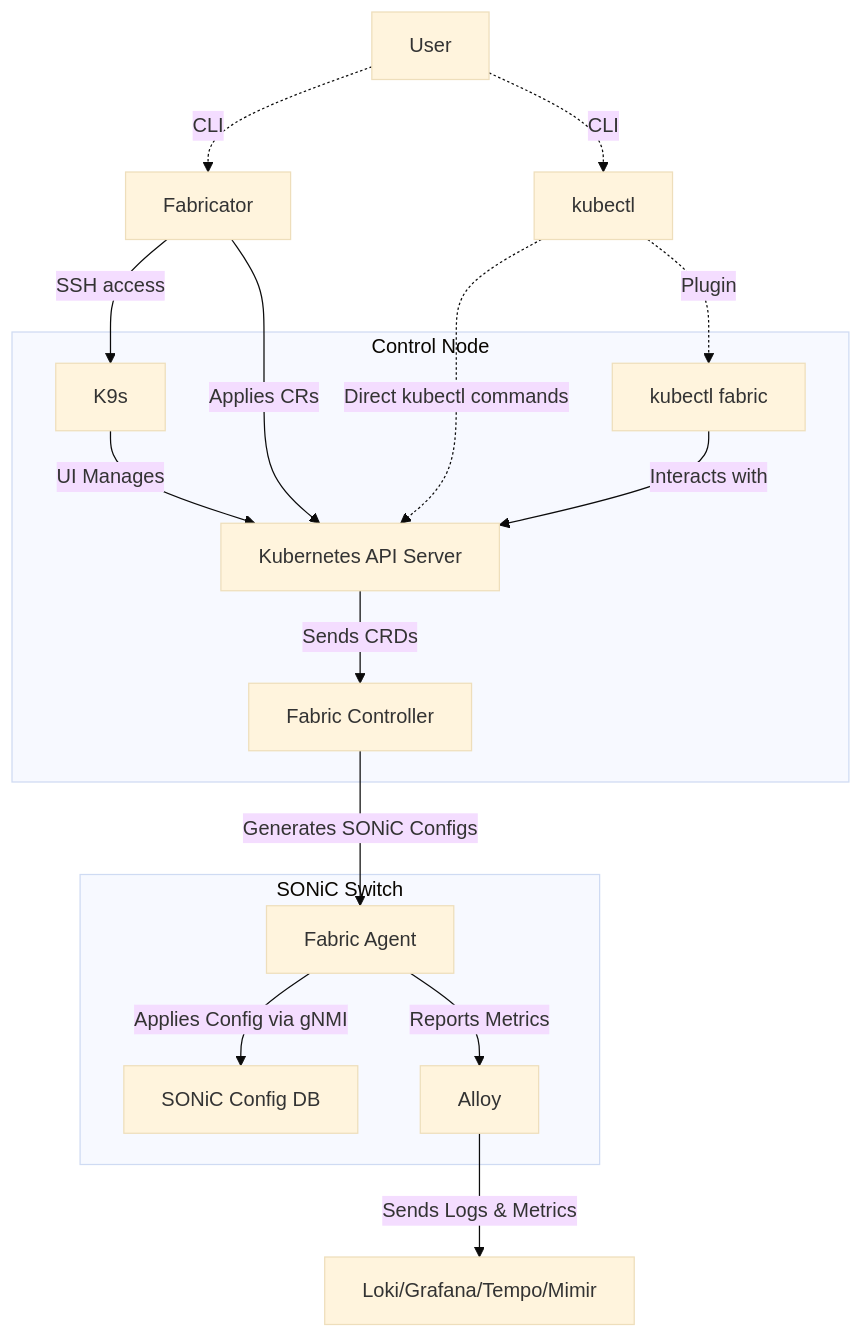
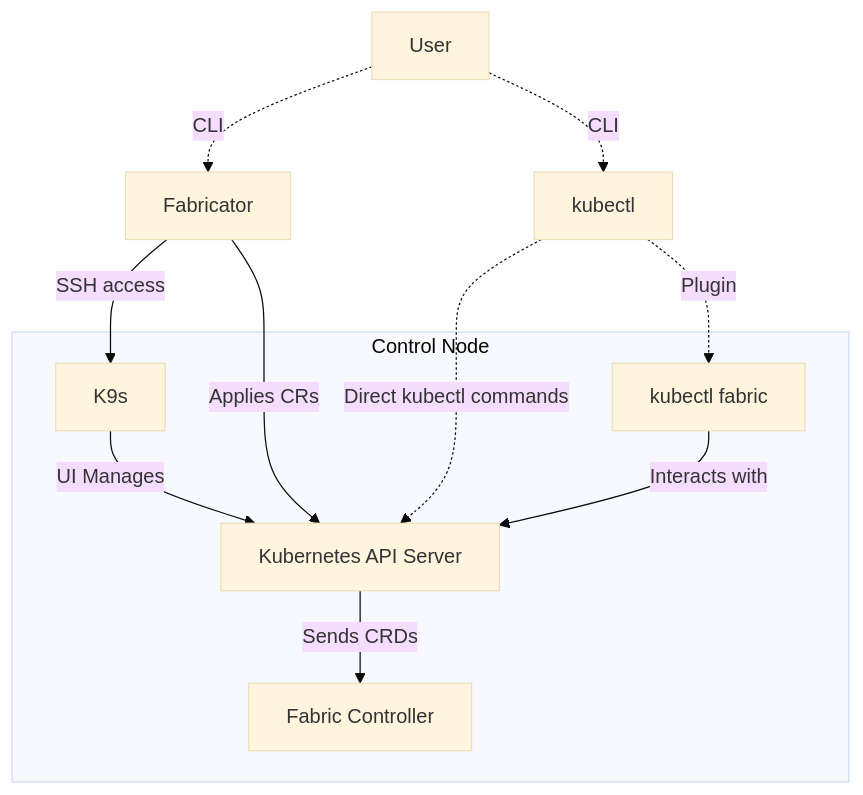
The first of 2 diagrams in docs/architecture/management.md (githedgehog/docs), drawn with Mermaid (base theme) before and after one commit. The commit also changed other lines of this file and 1 other file, not shown here.

Commit message:
Refine and deduplicate architecture pages

````diff
--- a/docs/architecture/management.md
+++ b/docs/architecture/management.md
@@ -9,41 +11,27 @@
 ```mermaid
 graph TD
 
 %% Define the nodes (General Workflow excludes Git & ArgoCD)
 User[User]
 Kubectl[kubectl]
 Fabricator[Fabricator]
 
 %% Control Node components
 subgraph ControlNode["Control Node"]
   K8S[Kubernetes API Server]
   FC[Fabric Controller]
   K9s[K9s]
   KubectlFabric["kubectl fabric"]
 end
 
-%% SONiC Switch components
-subgraph SONiCSwitch["SONiC Switch"]
-  FA[Fabric Agent]
-  Alloy[Alloy]
-  DB[SONiC Config DB]
-end
-
-%% External monitoring
-Monitoring[Loki/Grafana/Tempo/Mimir]
-
 %% Define the relationships
 Kubectl -.->|Direct kubectl commands| K8S
 User -.->|CLI| Fabricator
 User -.->|CLI| Kubectl
 Kubectl -.->|Plugin| KubectlFabric
 Fabricator -->|SSH access| K9s
 Fabricator -->|Applies CRs| K8S
 KubectlFabric -->|Interacts with| K8S
 K9s -->|UI Manages| K8S
 K8S -->|Sends CRDs| FC
-FC -->|Generates SONiC Configs| FA
-FA -->|Applies Config via gNMI| DB
-FA -->|Reports Metrics| Alloy
-Alloy -->|Sends Logs & Metrics| Monitoring
 ```
````
